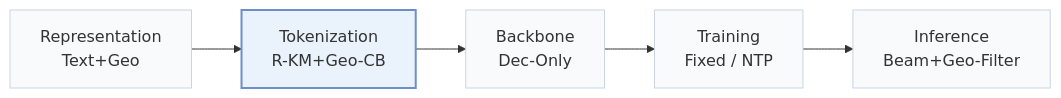
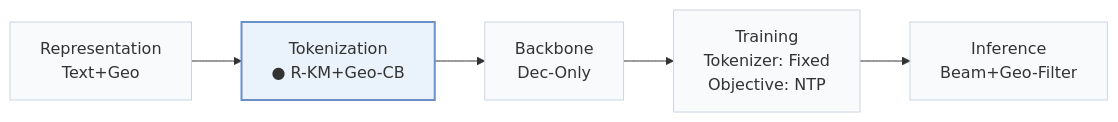
Before and after one commit to Galaxy-ghost/Awesome-SID-Generative-Rec: the first of 3 diagrams in pages/papers/progeo.md, drawn with Mermaid. The commit also changed other lines of this file and 558 other files, not shown here.

````diff
--- a/pages/papers/progeo.md
+++ b/pages/papers/progeo.md
@@ -15,8 +18,8 @@
 ```mermaid
 flowchart LR
-    R["Representation<br/>Text+Geo"] --> T["Tokenization<br/>R-KM+Geo-CB"] --> B["Backbone<br/>Dec-Only"] --> TR["Training<br/>Fixed / NTP"] --> I["Inference<br/>Beam+Geo-Filter"]
+    R["Representation<br/>Text+Geo"] --> T["Tokenization<br/>● R-KM+Geo-CB"] --> B["Backbone<br/>Dec-Only"] --> TR["Training<br/>Tokenizer: Fixed<br/>Objective: NTP"] --> I["Inference<br/>Beam+Geo-Filter"]
     classDef base fill:#f8fafc,stroke:#cbd5e1
     class R,T,B,TR,I base
     classDef main fill:#eaf2fb,stroke:#6b8fc7,stroke-width:2px
     class T main
 ```
````
